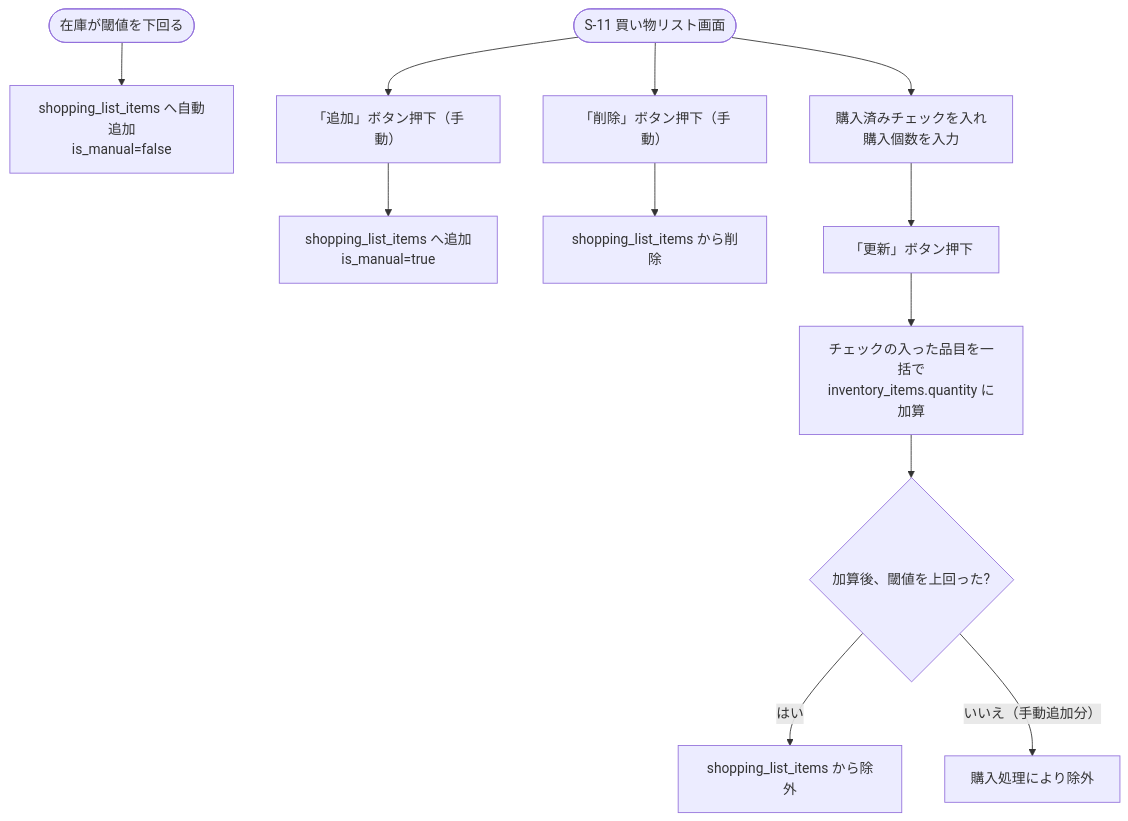
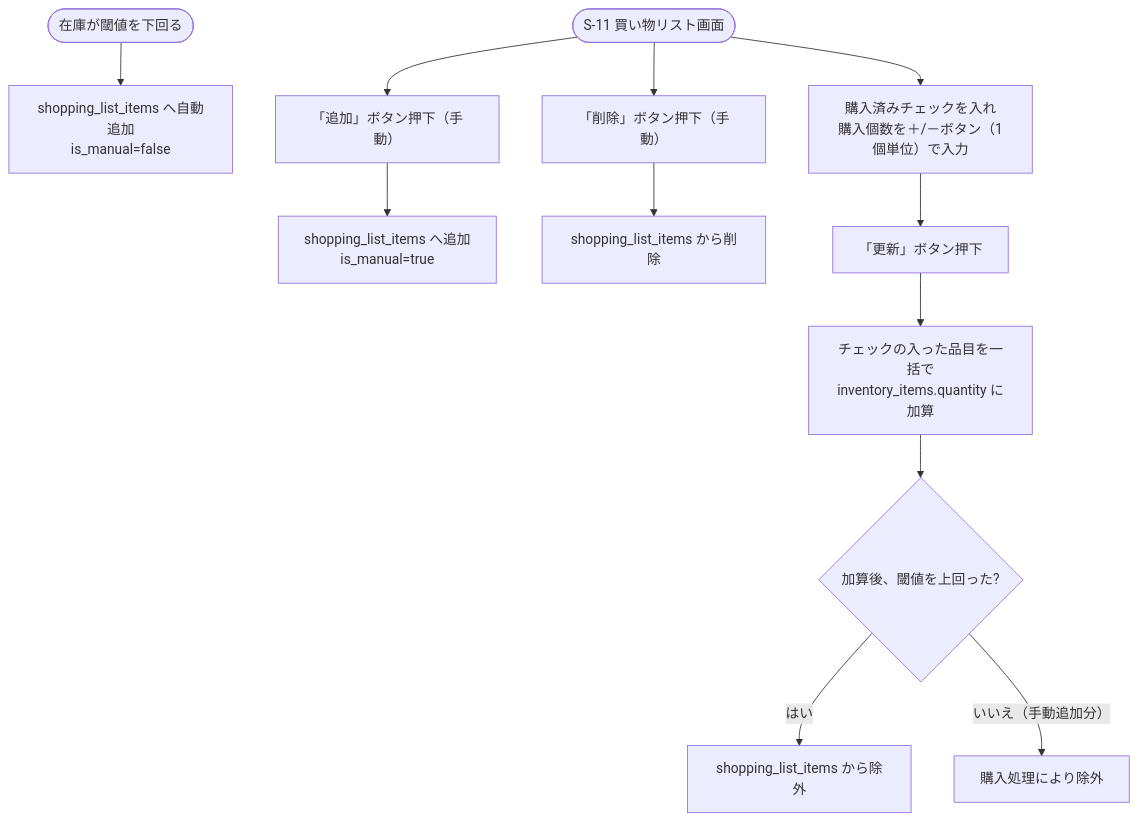
The diagram in docs/details/features/F08_zaiko_shoppinglist.md (yamamotonaoki3/HomeLog), drawn with Mermaid before and after one commit. The commit also changed other lines of this file and 10 other files, not shown here.

````diff
--- a/docs/details/features/F08_zaiko_shoppinglist.md
+++ b/docs/details/features/F08_zaiko_shoppinglist.md
@@ -19,15 +19,15 @@
 ```mermaid
 flowchart TD
     A([在庫が閾値を下回る]) --> B[shopping_list_items へ自動追加\nis_manual=false]
     C([S-11 買い物リスト画面]) --> D["「追加」ボタン押下（手動）"]
     D --> E[shopping_list_items へ追加\nis_manual=true]
     C --> F["「削除」ボタン押下（手動）"]
     F --> G[shopping_list_items から削除]
 
-    C --> H[購入済みチェックを入れ\n購入個数を入力]
+    C --> H["購入済みチェックを入れ\n購入個数を＋/－ボタン（1個単位）で入力"]
     H --> I["「更新」ボタン押下"]
     I --> J[チェックの入った品目を一括で\ninventory_items.quantity に加算]
     J --> K{加算後、閾値を上回った?}
     K -- はい --> L[shopping_list_items から除外]
     K -- いいえ（手動追加分） --> M[購入処理により除外]
 ```
````
